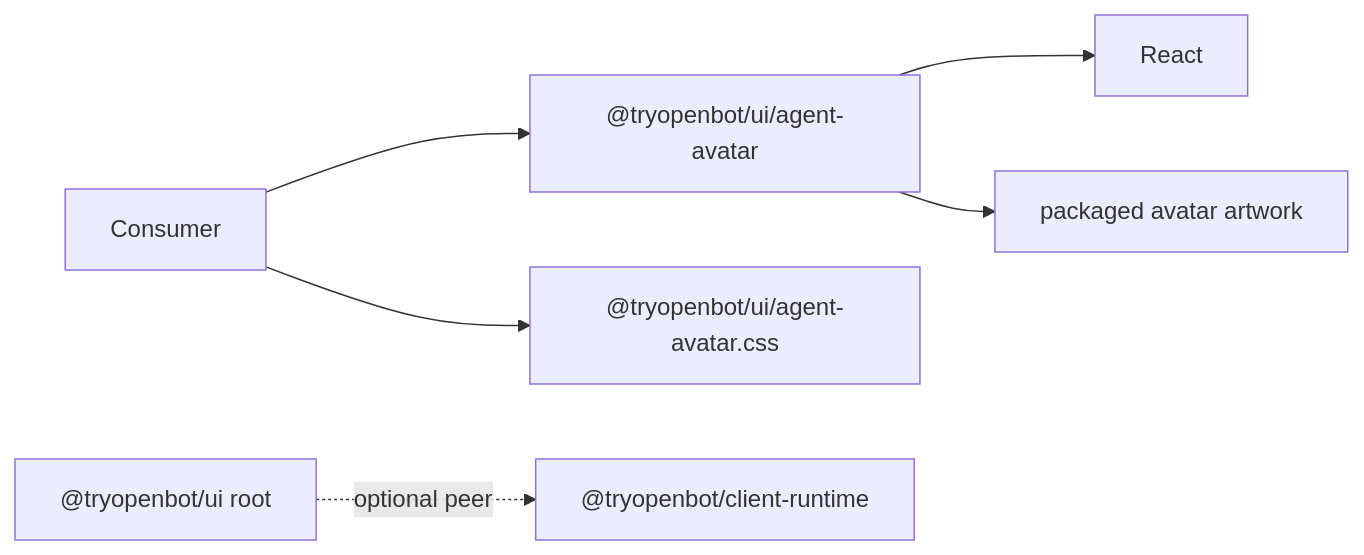
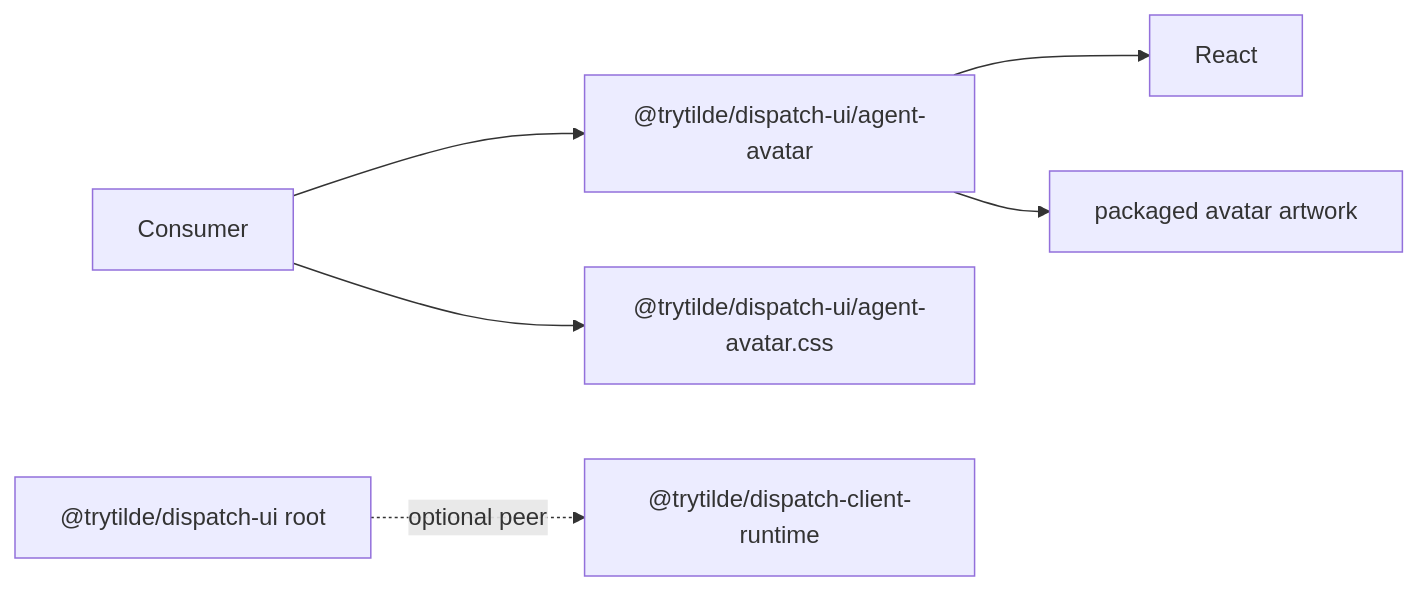
Before and after one commit to trytilde/dispatch: the diagram in docs/updates/102.md, drawn with Mermaid. The commit also changed other lines of this file and 668 other files, not shown here.

````diff
--- a/docs/updates/102.md
+++ b/docs/updates/102.md
@@ -9,8 +9,8 @@
 ```mermaid
 flowchart LR
-  Consumer --> Avatar["@tryopenbot/ui/agent-avatar"]
-  Consumer --> Styles["@tryopenbot/ui/agent-avatar.css"]
+  Consumer --> Avatar["@trytilde/dispatch-ui/agent-avatar"]
+  Consumer --> Styles["@trytilde/dispatch-ui/agent-avatar.css"]
   Avatar --> React
   Avatar --> Assets["packaged avatar artwork"]
-  FullUI["@tryopenbot/ui root"] -. optional peer .-> Runtime["@tryopenbot/client-runtime"]
+  FullUI["@trytilde/dispatch-ui root"] -. optional peer .-> Runtime["@trytilde/dispatch-client-runtime"]
 ```
````
